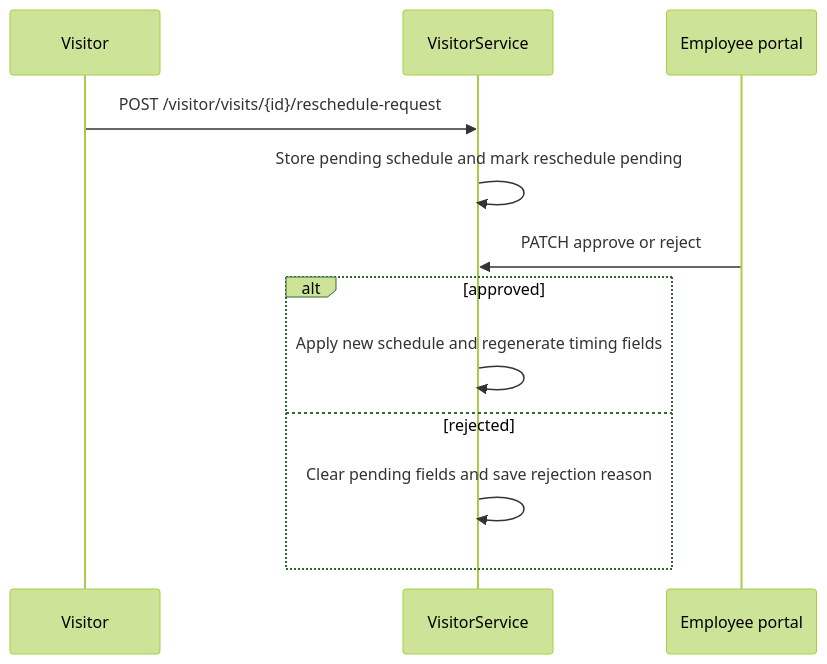
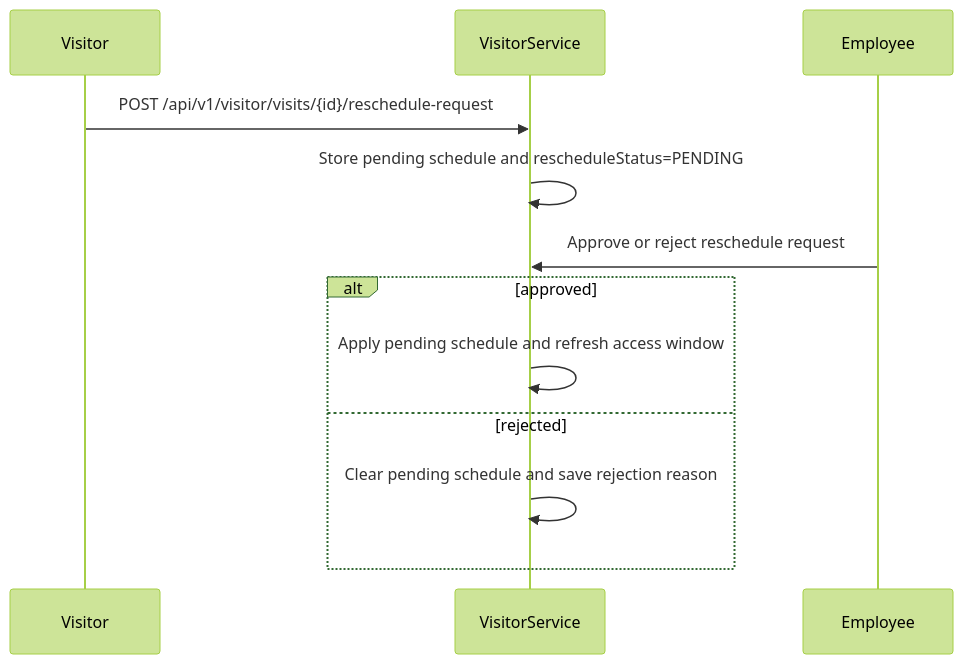
Before and after one commit to digitaldodo/visitor-management-system: diagram 18 of 42 in PROJECT_OVERVIEW.md, drawn with Mermaid (forest theme). The commit also changed other lines of this file and 1 other file, not shown here.

Commit message:
docs: consolidate AccessFlow documentation

````diff
--- a/PROJECT_OVERVIEW.md
+++ b/PROJECT_OVERVIEW.md
@@ -284,15 +394,15 @@
 ```mermaid
 sequenceDiagram
     participant Visitor
     participant API as VisitorService
-    participant Host as Employee portal
+    participant Host as Employee
 
-    Visitor->>API: POST /visitor/visits/{id}/reschedule-request
-    API->>API: Store pending schedule and mark reschedule pending
-    Host->>API: PATCH approve or reject
+    Visitor->>API: POST /api/v1/visitor/visits/{id}/reschedule-request
+    API->>API: Store pending schedule and rescheduleStatus=PENDING
+    Host->>API: Approve or reject reschedule request
     alt approved
-        API->>API: Apply new schedule and regenerate timing fields
+        API->>API: Apply pending schedule and refresh access window
     else rejected
-        API->>API: Clear pending fields and save rejection reason
+        API->>API: Clear pending schedule and save rejection reason
     end
 ```
````
